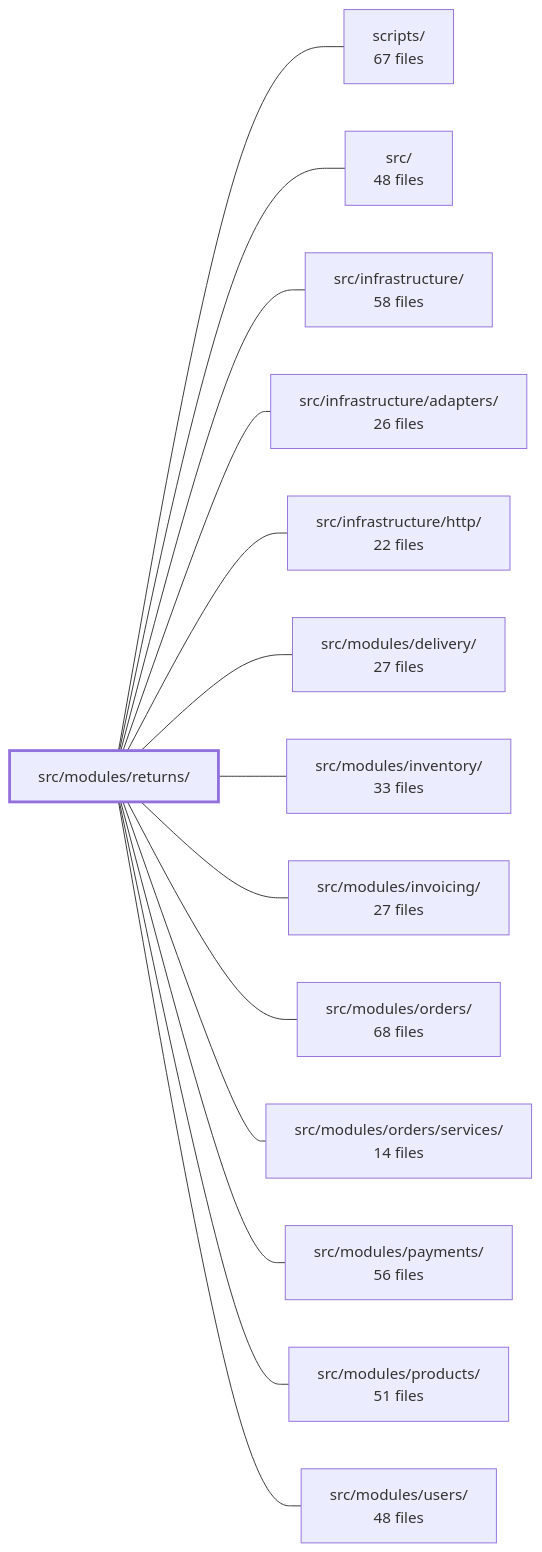
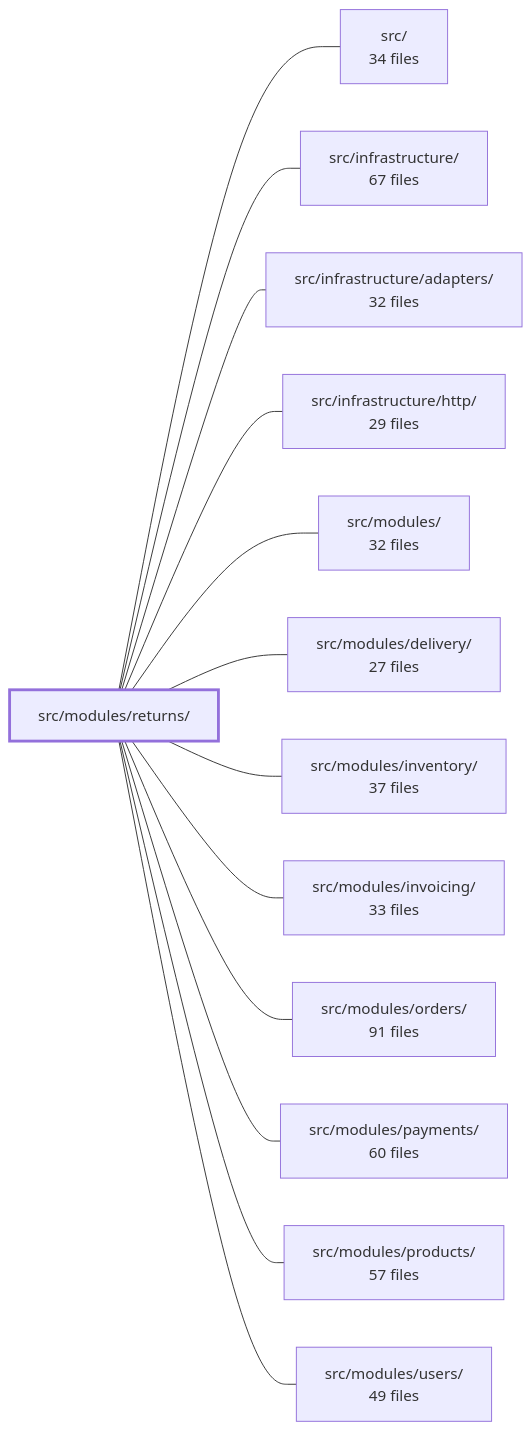
Before and after one commit to Guebbit/boilerplate-node-backend: the diagram in .2brain/modules/boilerplate-node-backend_src_modules_returns.md, drawn with Mermaid. The commit also changed other lines of this file and 106 other files, not shown here.

````diff
--- a/.2brain/modules/boilerplate-node-backend_src_modules_returns.md
+++ b/.2brain/modules/boilerplate-node-backend_src_modules_returns.md
@@ -44,31 +44,29 @@
 ```mermaid
 flowchart LR
     m_src_modules_returns["src/modules/returns/"]
-    m_scripts["scripts/<br/>67 files"]
-    m_src["src/<br/>48 files"]
-    m_src_infrastructure["src/infrastructure/<br/>58 files"]
-    m_src_infrastructure_adapters["src/infrastructure/adapters/<br/>26 files"]
-    m_src_infrastructure_http["src/infrastructure/http/<br/>22 files"]
+    m_src["src/<br/>34 files"]
+    m_src_infrastructure["src/infrastructure/<br/>67 files"]
+    m_src_infrastructure_adapters["src/infrastructure/adapters/<br/>32 files"]
+    m_src_infrastructure_http["src/infrastructure/http/<br/>29 files"]
+    m_src_modules["src/modules/<br/>32 files"]
     m_src_modules_delivery["src/modules/delivery/<br/>27 files"]
-    m_src_modules_inventory["src/modules/inventory/<br/>33 files"]
-    m_src_modules_invoicing["src/modules/invoicing/<br/>27 files"]
-    m_src_modules_orders["src/modules/orders/<br/>68 files"]
-    m_src_modules_orders_services["src/modules/orders/services/<br/>14 files"]
-    m_src_modules_payments["src/modules/payments/<br/>56 files"]
-    m_src_modules_products["src/modules/products/<br/>51 files"]
-    m_src_modules_users["src/modules/users/<br/>48 files"]
-    m_src_modules_returns --- m_scripts
+    m_src_modules_inventory["src/modules/inventory/<br/>37 files"]
+    m_src_modules_invoicing["src/modules/invoicing/<br/>33 files"]
+    m_src_modules_orders["src/modules/orders/<br/>91 files"]
+    m_src_modules_payments["src/modules/payments/<br/>60 files"]
+    m_src_modules_products["src/modules/products/<br/>57 files"]
+    m_src_modules_users["src/modules/users/<br/>49 files"]
     m_src_modules_returns --- m_src
     m_src_modules_returns --- m_src_infrastructure
     m_src_modules_returns --- m_src_infrastructure_adapters
     m_src_modules_returns --- m_src_infrastructure_http
+    m_src_modules_returns --- m_src_modules
     m_src_modules_returns --- m_src_modules_delivery
     m_src_modules_returns --- m_src_modules_inventory
     m_src_modules_returns --- m_src_modules_invoicing
     m_src_modules_returns --- m_src_modules_orders
-    m_src_modules_returns --- m_src_modules_orders_services
     m_src_modules_returns --- m_src_modules_payments
     m_src_modules_returns --- m_src_modules_products
     m_src_modules_returns --- m_src_modules_users
     style m_src_modules_returns stroke-width:3px
 ```
````
